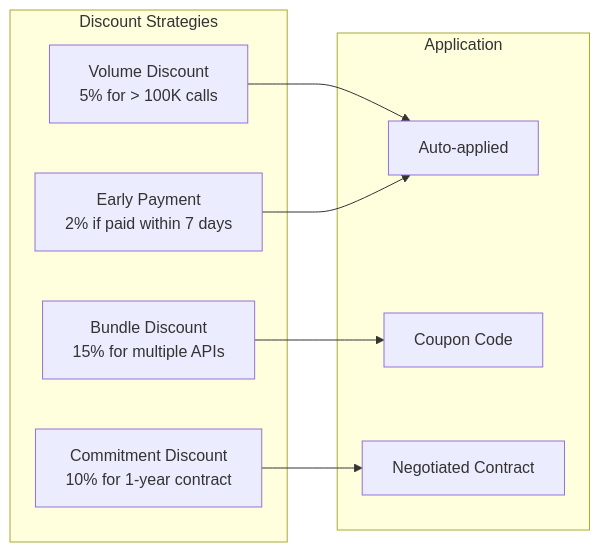
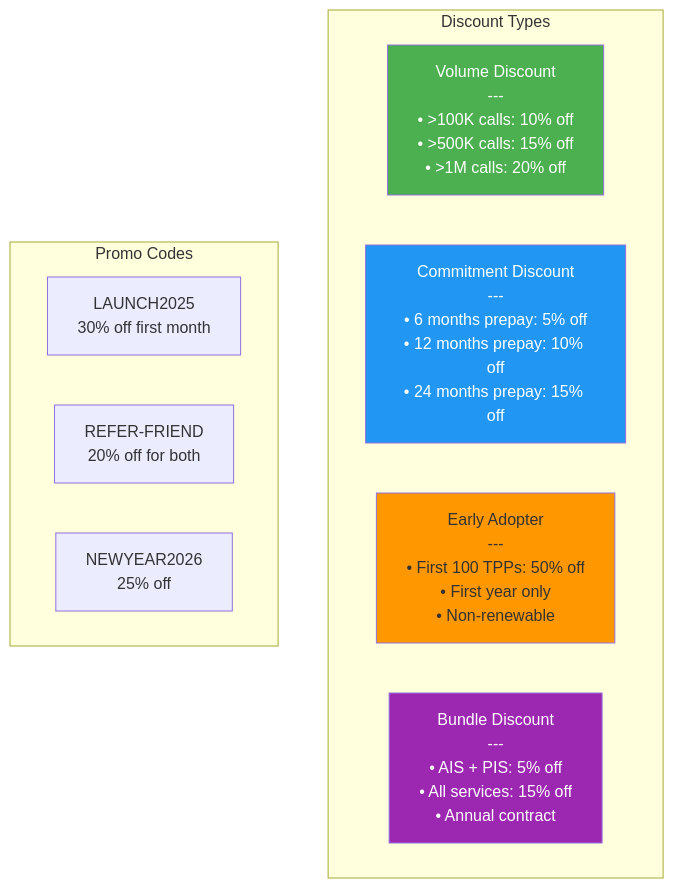
Diagram 11 of 15 in 09-Thuong-mai-hoa-API.md (huuhoait/openbanking-vn-specs), drawn with Mermaid before and after one commit. The commit also changed other lines of this file and 14 other files, not shown here.

````diff
--- a/09-Thuong-mai-hoa-API.md
+++ b/09-Thuong-mai-hoa-API.md
@@ -401,20 +457,23 @@
 ```mermaid
-graph LR
-    subgraph "Discount Strategies"
-        Volume[Volume Discount<br/>5% for > 100K calls]
-        Commitment[Commitment Discount<br/>10% for 1-year contract]
-        EarlyPay[Early Payment<br/>2% if paid within 7 days]
-        Bundle[Bundle Discount<br/>15% for multiple APIs]
+graph TB
+    subgraph "Discount Types"
+        Volume[Volume Discount<br/>---<br/>• >100K calls: 10% off<br/>• >500K calls: 15% off<br/>• >1M calls: 20% off]
+        
+        Commit[Commitment Discount<br/>---<br/>• 6 months prepay: 5% off<br/>• 12 months prepay: 10% off<br/>• 24 months prepay: 15% off]
+        
+        Early[Early Adopter<br/>---<br/>• First 100 TPPs: 50% off<br/>• First year only<br/>• Non-renewable]
+        
+        Bundle[Bundle Discount<br/>---<br/>• AIS + PIS: 5% off<br/>• All services: 15% off<br/>• Annual contract]
     end
     
-    subgraph "Application"
-        Auto[Auto-applied]
-        Coupon[Coupon Code]
-        Negotiated[Negotiated Contract]
+    subgraph "Promo Codes"
+        Launch[LAUNCH2025<br/>30% off first month]
+        Referral[REFER-FRIEND<br/>20% off for both]
+        Season[NEWYEAR2026<br/>25% off]
     end
     
-    Volume --> Auto
-    Commitment --> Negotiated
-    EarlyPay --> Auto
-    Bundle --> Coupon
+    style Volume fill:#4caf50,color:#fff
+    style Commit fill:#2196f3,color:#fff
+    style Early fill:#ff9800
+    style Bundle fill:#9c27b0,color:#fff
 ```
````
